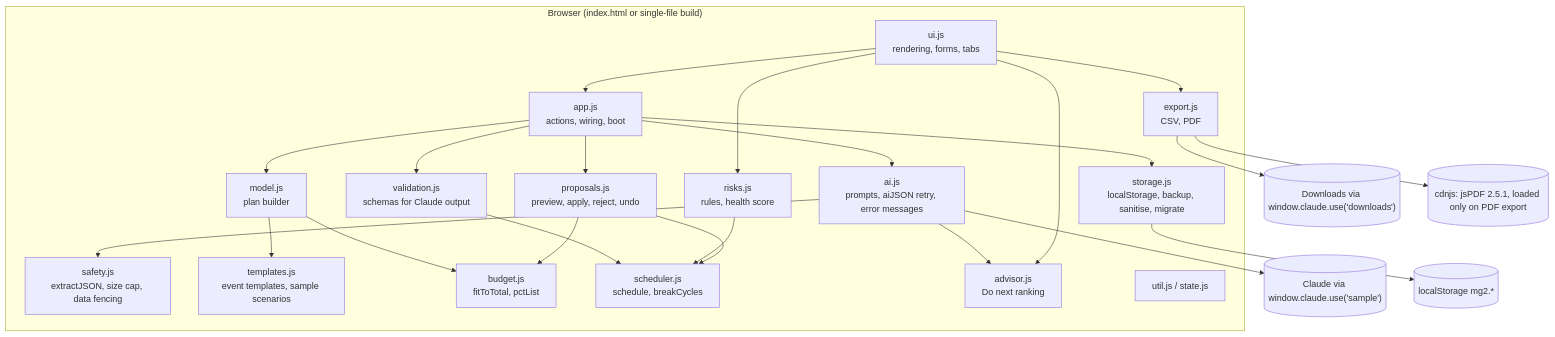
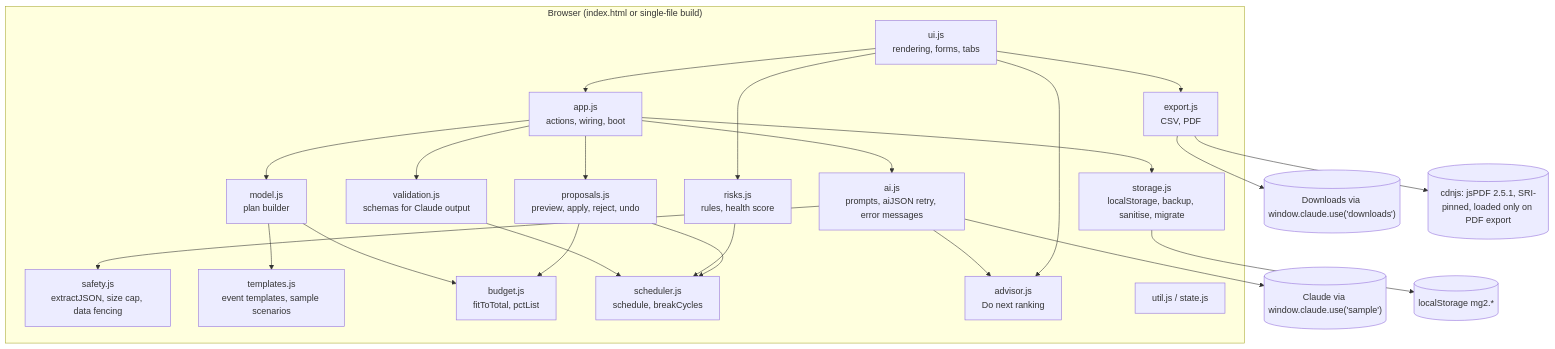
The first of 2 diagrams in ARCHITECTURE.md (kunwarvishal18/marigold-ai-event-planner), drawn with Mermaid before and after one commit. The commit also changed other lines of this file and 11 other files, not shown here.

First line of the commit message:
Add Subresource Integrity for jsPDF PDF export

````diff
--- a/ARCHITECTURE.md
+++ b/ARCHITECTURE.md
@@ -22,40 +22,40 @@
 ```mermaid
 flowchart TD
   subgraph Browser["Browser (index.html or single-file build)"]
     APP["app.js<br/>actions, wiring, boot"]
     UI["ui.js<br/>rendering, forms, tabs"]
     AI["ai.js<br/>prompts, aiJSON retry, error messages"]
     SAFE["safety.js<br/>extractJSON, size cap, data fencing"]
     VAL["validation.js<br/>schemas for Claude output"]
     PROP["proposals.js<br/>preview, apply, reject, undo"]
     STORE["storage.js<br/>localStorage, backup, sanitise, migrate"]
     MODEL["model.js<br/>plan builder"]
     TPL["templates.js<br/>event templates, sample scenarios"]
     BUD["budget.js<br/>fitToTotal, pctList"]
     SCHED["scheduler.js<br/>schedule, breakCycles"]
     RISK["risks.js<br/>rules, health score"]
     ADV["advisor.js<br/>Do next ranking"]
     EXP["export.js<br/>CSV, PDF"]
     UTIL["util.js / state.js"]
   end
   CLAUDE[("Claude via window.claude.use('sample')")]
   DL[("Downloads via window.claude.use('downloads')")]
   LS[("localStorage mg2.*")]
-  CDN[("cdnjs: jsPDF 2.5.1, loaded only on PDF export")]
+  CDN[("cdnjs: jsPDF 2.5.1, SRI-pinned, loaded only on PDF export")]
 
   APP --> AI --> CLAUDE
   AI --> SAFE
   APP --> VAL
   APP --> PROP --> BUD
   PROP --> SCHED
   APP --> STORE --> LS
   APP --> MODEL --> BUD
   MODEL --> TPL
   UI --> RISK --> SCHED
   UI --> ADV
   AI --> ADV
   UI --> EXP --> DL
   EXP --> CDN
   VAL --> SCHED
   UI --> APP
 ```
````
